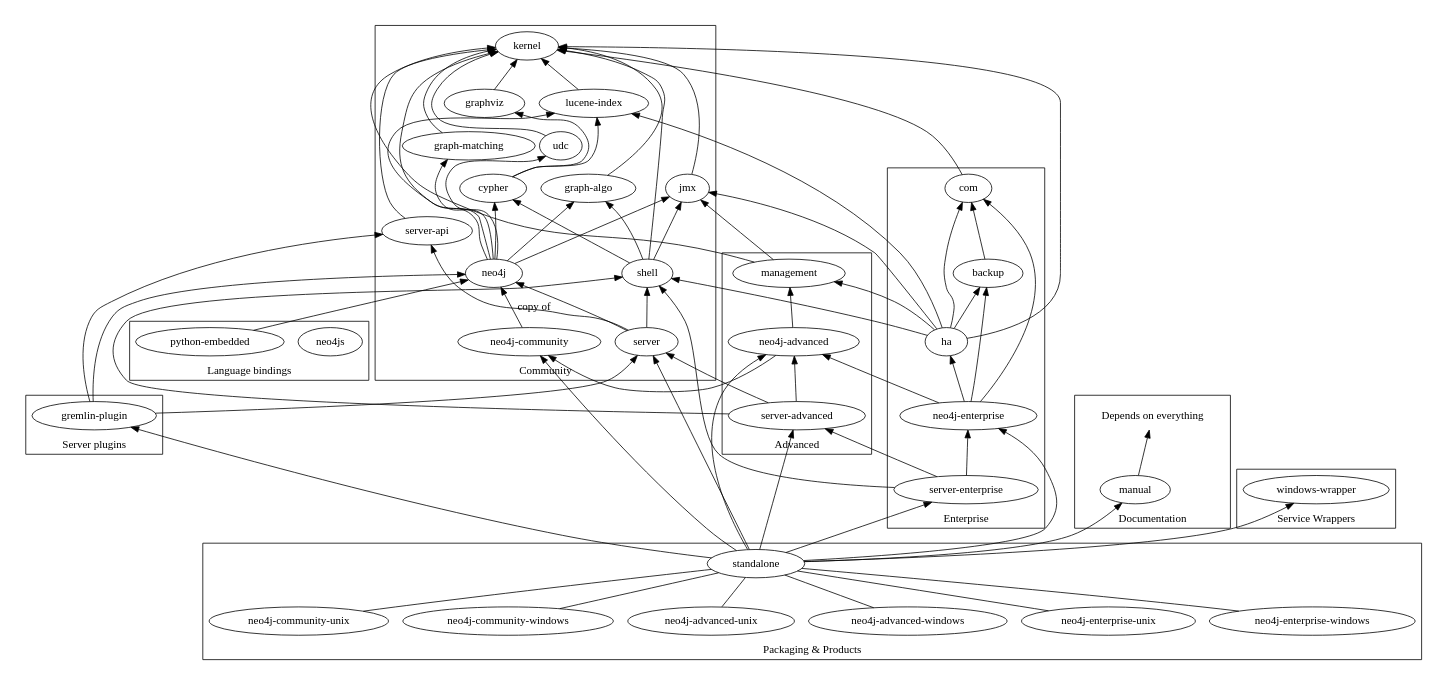
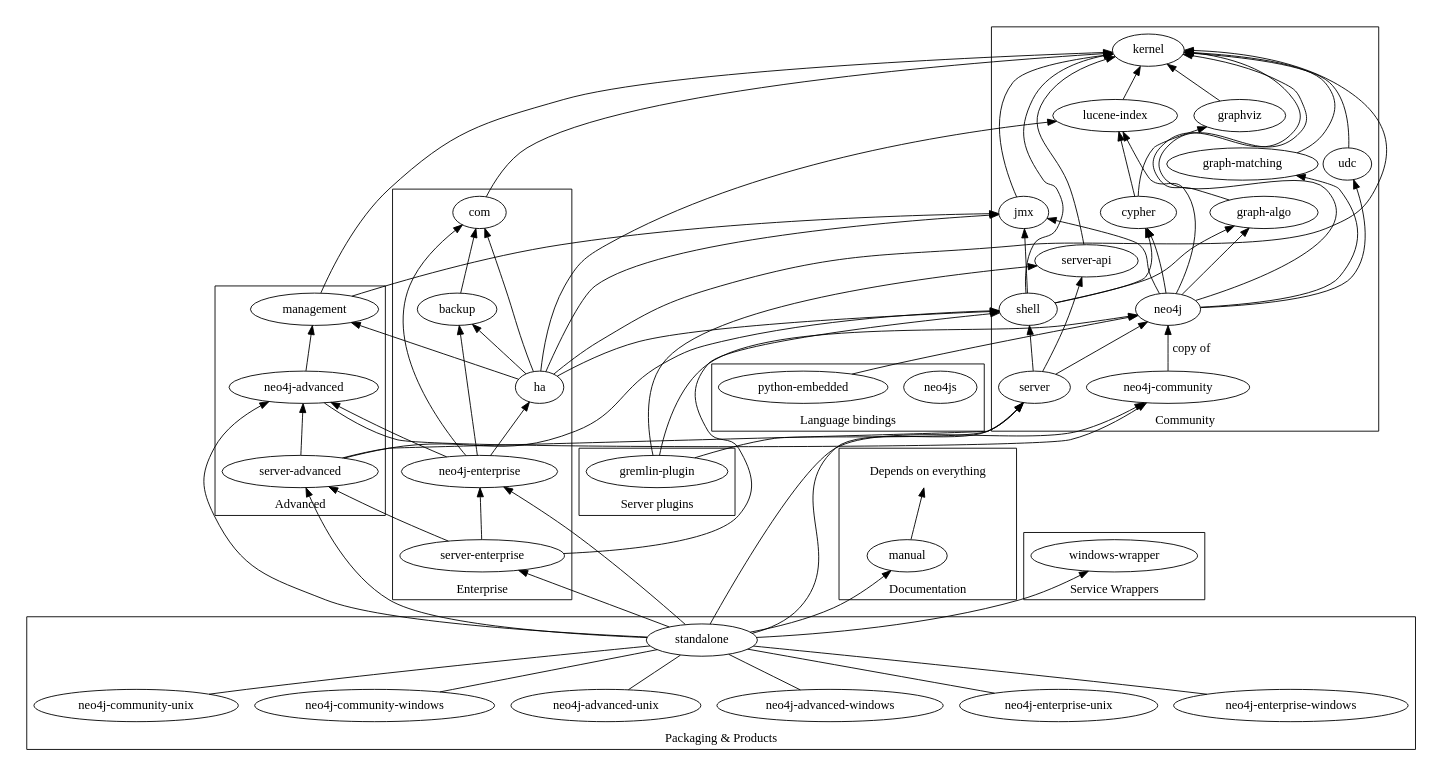
The diagram in manual/src/main/dot/artifacts.dot (neo4j/neo4j), drawn with Graphviz before and after one commit. The commit also changed 5 other files, not shown here.

Commit message:
Prepping the way for making gremlin plugin have it's own separate documentation

```diff
--- a/manual/src/main/dot/artifacts.dot
+++ b/manual/src/main/dot/artifacts.dot
@@ -1,107 +1,106 @@
 digraph g{
  graph [rankdir="BT" size="9.0,7.0"]
 
 subgraph cluster_community {
  label="Community"
  "lucene-index" -> "kernel"
  "jmx" -> "kernel"
  "graph-algo" -> "kernel"
  "graph-matching" -> "kernel"
  "graphviz" -> "kernel"
  "cypher" -> "lucene-index"
  "cypher" -> "graphviz"
  "shell" -> "kernel"
  "shell" -> "jmx"
  "shell" -> "graph-algo"
  "shell" -> "cypher"
  "udc" -> "kernel"
  "neo4j" -> "kernel"
  "neo4j" -> "lucene-index"
  "neo4j" -> "graph-algo"
  "neo4j" -> "graph-matching"
  "neo4j" -> "udc"
  "neo4j" -> "jmx"
  "neo4j" -> "cypher"
  "neo4j-community" -> "neo4j" [label="copy of"]
  "server-api" -> "kernel"
  "server" -> "server-api"
  "server" -> "neo4j"
  "server" -> "shell"
 }
 
 subgraph cluster_advanced {
  label="Advanced"
  "management" -> "kernel"
  "management" -> "jmx"
  "neo4j-advanced" -> "neo4j-community"
  "neo4j-advanced" -> "management"
  "server-advanced" -> "server"
  "server-advanced" -> "neo4j-advanced"
  "server-advanced" -> "shell"
 }
 
 subgraph cluster_enterprise {
  label="Enterprise"
  "com" -> "kernel"
  "backup" -> "com"
  "ha" -> "kernel"
  "ha" -> "jmx"
  "ha" -> "management"
  "ha" -> "backup"
  "ha" -> "lucene-index"
  "ha" -> "com"
  "ha" -> "shell"
  "neo4j-enterprise" -> "neo4j-advanced"
  "neo4j-enterprise" -> "com"
  "neo4j-enterprise" -> "backup"
  "neo4j-enterprise" -> "ha"
  "server-enterprise" -> "server-advanced"
  "server-enterprise" -> "neo4j-enterprise"
  "server-enterprise" -> "shell" 
 }
 
 subgraph cluster_serverplugins {
  label="Server plugins"
  "gremlin-plugin" -> "server-api"
  "gremlin-plugin" -> "server"
  "gremlin-plugin" -> "neo4j"
 }
 
 subgraph cluster_langs {
  label="Language bindings"
  "neo4js"
  "python-embedded" -> "neo4j"
 }
 
 subgraph cluster_docs {
  label="Documentation"
  "manual" -> "Depends on everything"
  "Depends on everything" [shape="plaintext"]
 }
 
 subgraph cluster_wrappers {
  label="Service Wrappers"
  "windows-wrapper"
 }
 
 
 subgraph cluster_packaging {
  label="Packaging & Products"
  "standalone" -> "neo4j-community"
  "standalone" -> "server"
  "standalone" -> "neo4j-advanced"
  "standalone" -> "server-advanced"
  "standalone" -> "neo4j-enterprise"
  "standalone" -> "server-enterprise"
- "standalone" -> "gremlin-plugin"
  "standalone" -> "windows-wrapper"
  "standalone" -> "manual"
  "neo4j-enterprise-windows" -> "standalone" [arrowhead="none"]
  "neo4j-enterprise-unix" -> "standalone" [arrowhead="none"]
  "neo4j-advanced-windows" -> "standalone" [arrowhead="none"]
  "neo4j-advanced-unix" -> "standalone" [arrowhead="none"]
  "neo4j-community-windows" -> "standalone" [arrowhead="none"]
  "neo4j-community-unix" -> "standalone" [arrowhead="none"]
 }
 
 }
```
